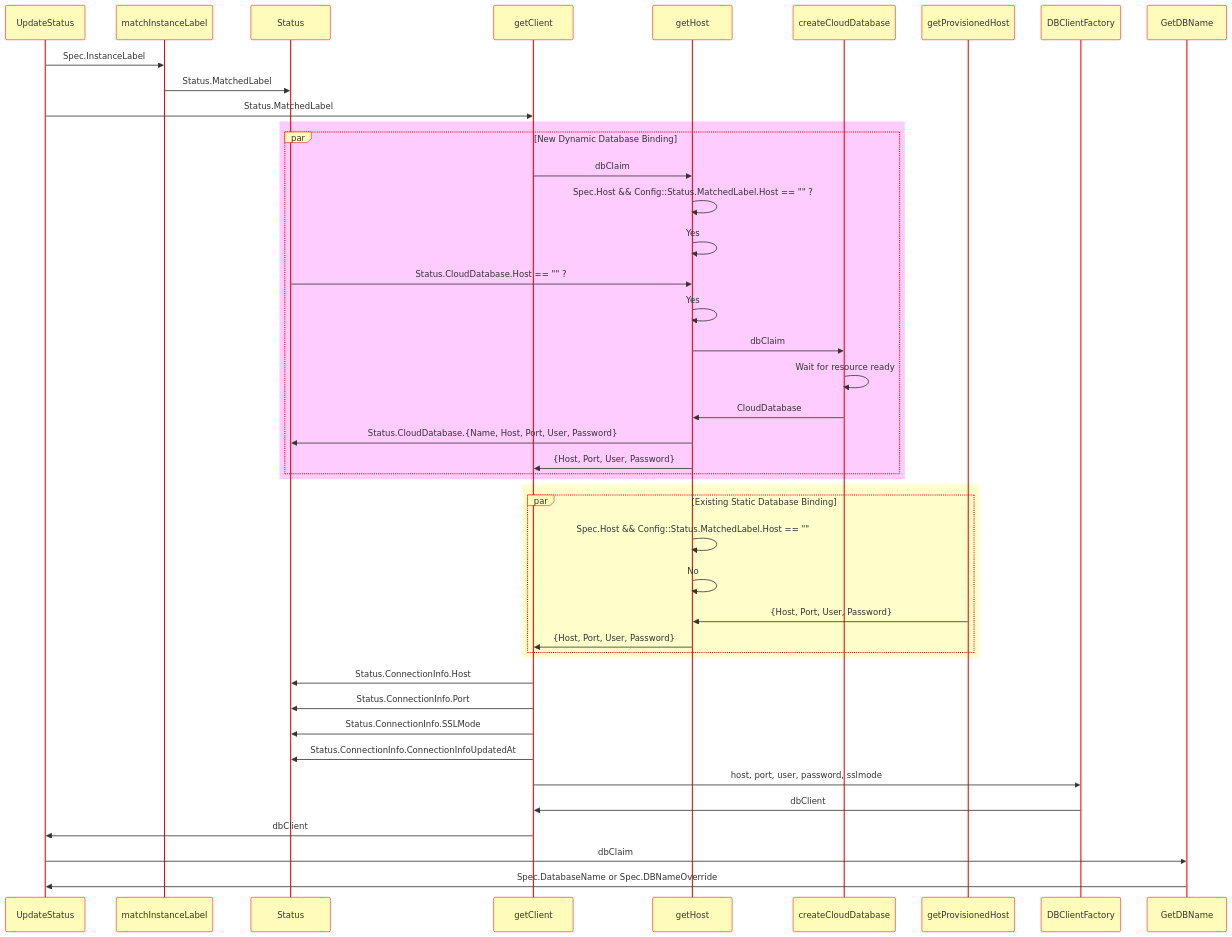
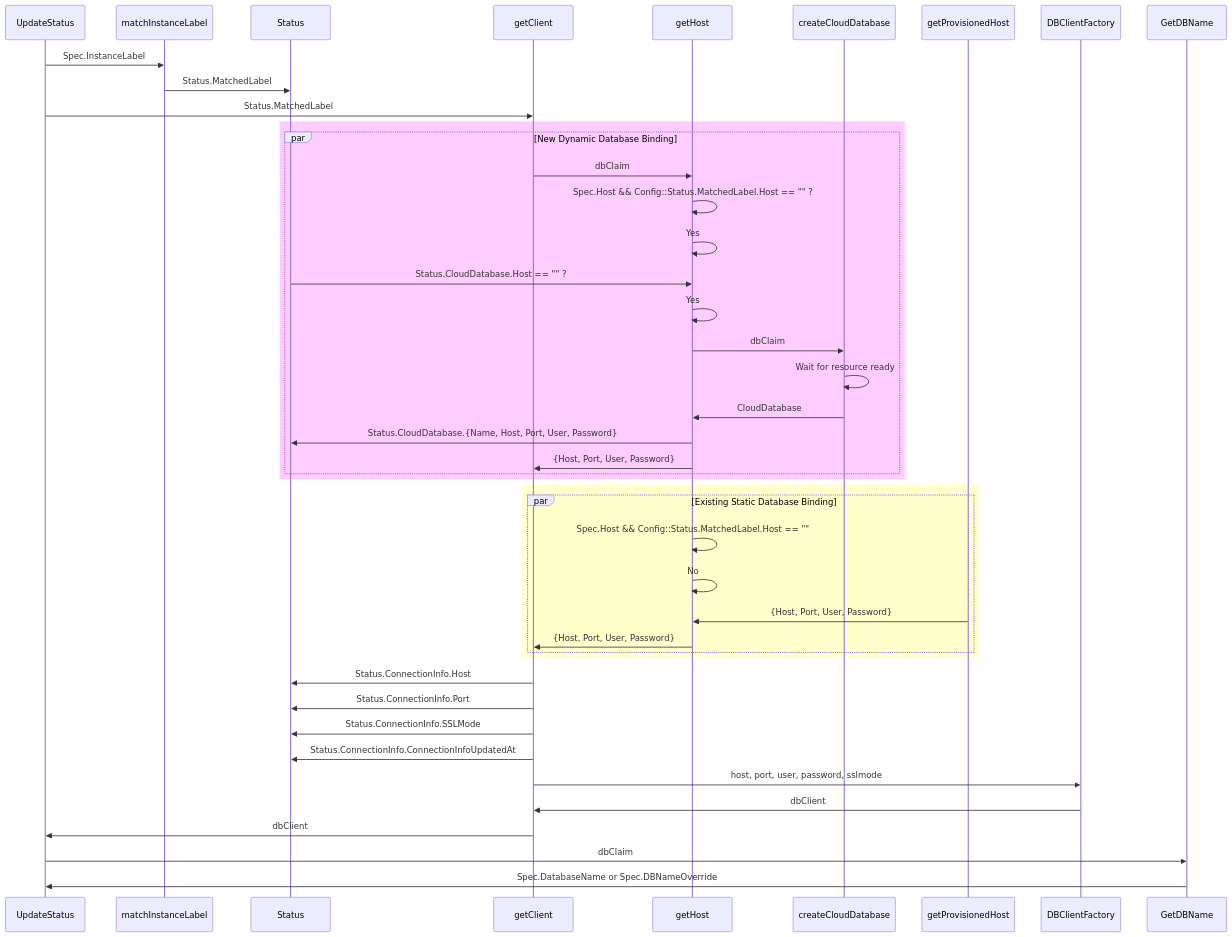
One commit to infobloxopen/db-controller changed the sixth of 8 diagrams in docs/index.md. Above: the diagram before and after it, drawn with Mermaid. The commit also changed other lines of this file, not shown here.

Commit message:
updated styling

````diff
--- a/docs/index.md
+++ b/docs/index.md
@@ -475,38 +474,37 @@
 ```mermaid
-%%{init: {'theme': 'base', 'themeVariables': { 'primaryColor': '#fffcbb', 'lineColor': '#ff0000', 'primaryBorderColor': '#ff0000'}}}%%
   sequenceDiagram
     UpdateStatus->>matchInstanceLabel: Spec.InstanceLabel
     matchInstanceLabel->>Status: Status.MatchedLabel
     UpdateStatus->>getClient: Status.MatchedLabel
       rect rgba(255, 0, 255, .2) 
         par New Dynamic Database Binding
           getClient->>getHost: dbClaim
           getHost->>getHost: Spec.Host && Config::Status.MatchedLabel.Host == "" ?
           getHost->>getHost: Yes
           Status->>getHost: Status.CloudDatabase.Host == "" ?
           getHost->>getHost: Yes        
           getHost->>createCloudDatabase: dbClaim
           createCloudDatabase->>createCloudDatabase: Wait for resource ready
           createCloudDatabase->>getHost: CloudDatabase
           getHost->>Status: Status.CloudDatabase.{Name, Host, Port, User, Password}
           getHost->>getClient: {Host, Port, User, Password}
         end
       end
       rect rgba(255, 255, 0, .2) 
         par Existing Static Database Binding
           getHost->>getHost: Spec.Host && Config::Status.MatchedLabel.Host == ""
           getHost->>getHost: No
           getProvisionedHost->>getHost: {Host, Port, User, Password}
           getHost->>getClient: {Host, Port, User, Password}
         end
     end   
     getClient->>Status: Status.ConnectionInfo.Host
     getClient->>Status: Status.ConnectionInfo.Port
     getClient->>Status: Status.ConnectionInfo.SSLMode
     getClient->>Status: Status.ConnectionInfo.ConnectionInfoUpdatedAt
     getClient->>DBClientFactory: host, port, user, password, sslmode
     DBClientFactory->>getClient: dbClient
     getClient->>UpdateStatus: dbClient
     UpdateStatus->>GetDBName: dbClaim
     GetDBName->>UpdateStatus: Spec.DatabaseName or Spec.DBNameOverride            
 ```
````
